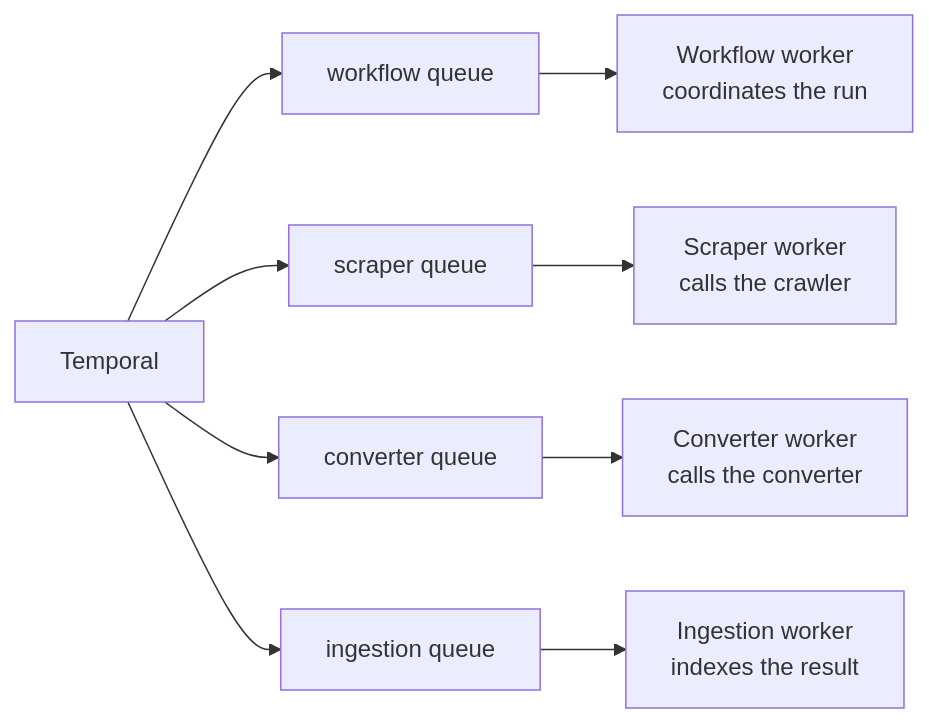
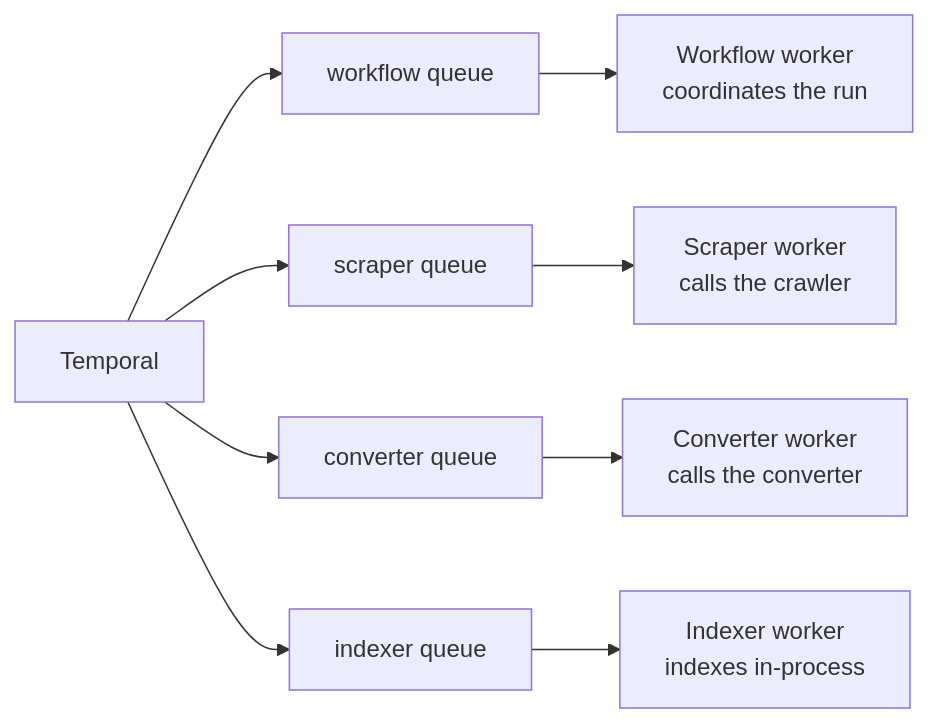
One commit to hawk-digital-environments/HAWKI-RAG changed the second of 5 diagrams in _documentation/Operations/5_environment_db_queue.md. Above: the diagram before and after it, drawn with Mermaid. The commit also changed other lines of this file and 9 other files, not shown here.

````diff
--- a/_documentation/Operations/5_environment_db_queue.md
+++ b/_documentation/Operations/5_environment_db_queue.md
@@ -183,12 +207,12 @@
 ```mermaid
 flowchart LR
     TemporalCore["Temporal"] --> WorkflowQueue["workflow queue"]
     TemporalCore --> ScraperQueue["scraper queue"]
     TemporalCore --> ConverterQueue["converter queue"]
-    TemporalCore --> IngestionQueue["ingestion queue"]
+    TemporalCore --> IndexerQueue["indexer queue"]
 
     WorkflowQueue --> WorkflowWorker["Workflow worker<br/>coordinates the run"]
     ScraperQueue --> ScraperWorker["Scraper worker<br/>calls the crawler"]
     ConverterQueue --> ConverterWorker["Converter worker<br/>calls the converter"]
-    IngestionQueue --> IngestionWorker["Ingestion worker<br/>indexes the result"]
+    IndexerQueue --> IndexerWorker["Indexer worker<br/>indexes in-process"]
 ```
````
